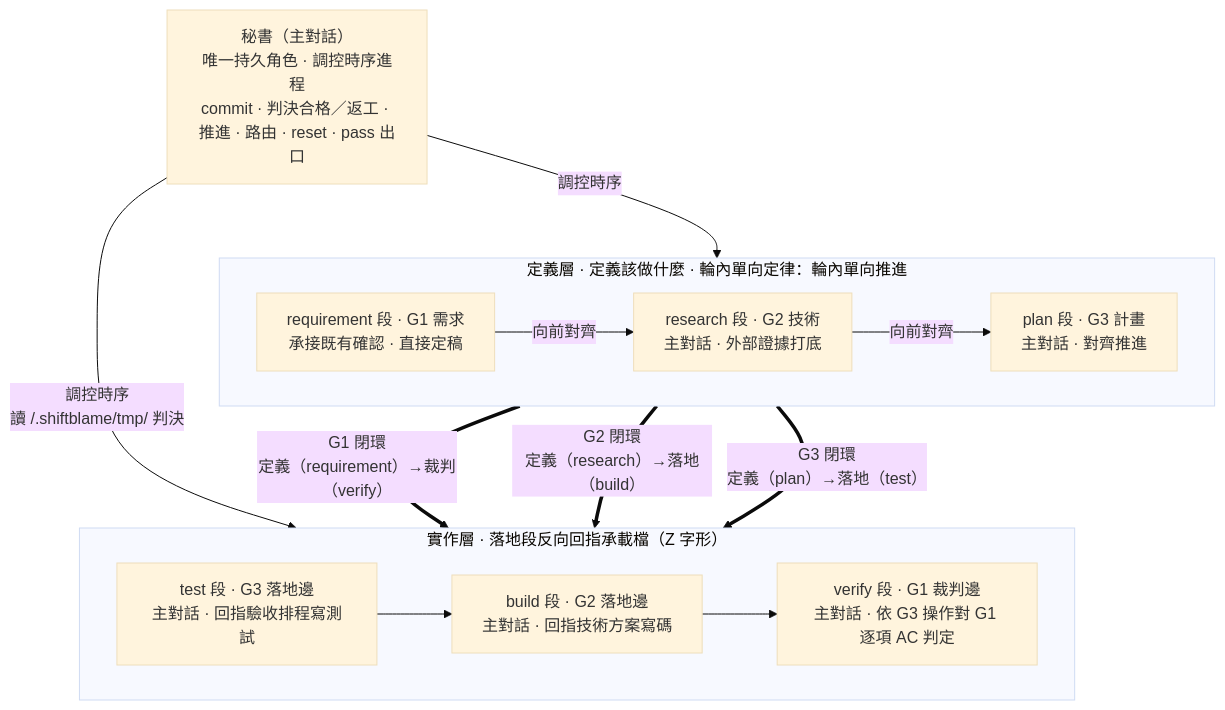
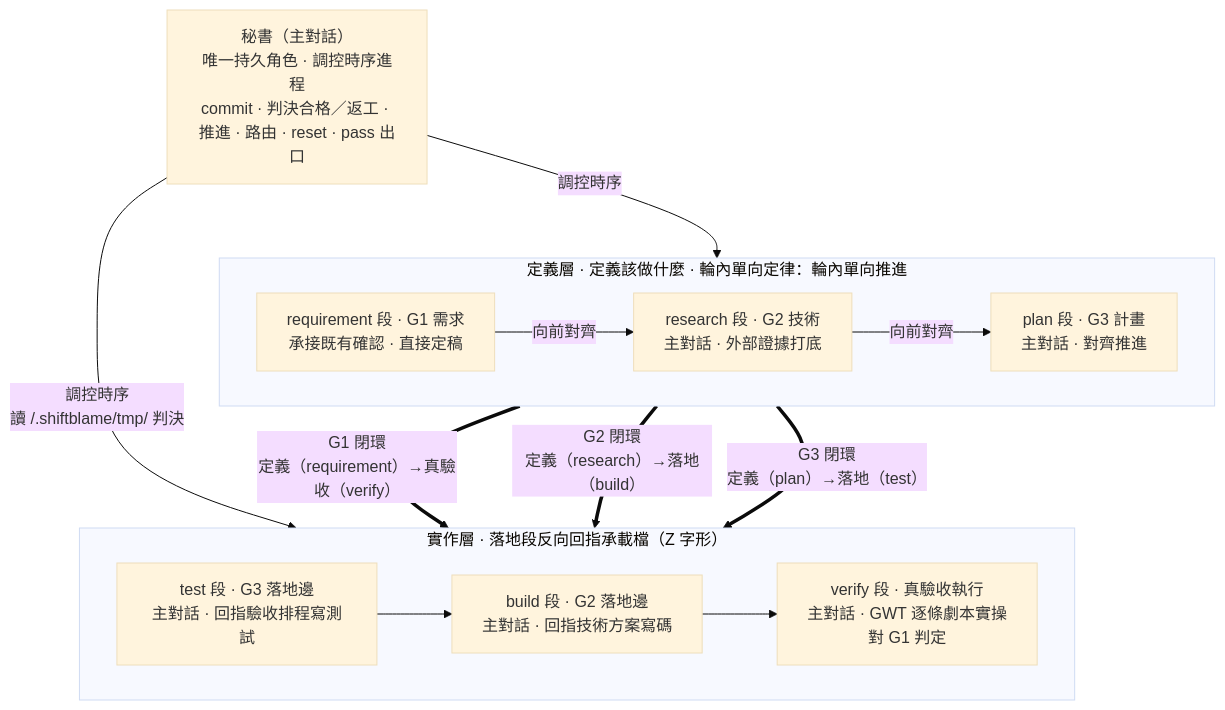
One commit to teps3105/shiftblame changed the third of 4 diagrams in skills/shiftblame/SKILL.md. Above: the diagram before and after it, drawn with Mermaid (base theme). The commit also changed other lines of this file and 28 other files, not shown here.

````diff
--- a/skills/shiftblame/SKILL.md
+++ b/skills/shiftblame/SKILL.md
@@ -187,19 +188,19 @@
 ```mermaid
 flowchart TB
     SEC["秘書（主對話）<br/>唯一持久角色 · 調控時序進程<br/>commit · 判決合格／返工 · 推進 · 路由 · reset · pass 出口"]
     subgraph Consult["定義層 · 定義該做什麼 · 輪內單向定律：輪內單向推進"]
         direction LR
         G1["requirement 段 · G1 需求<br/>承接既有確認 · 直接定稿"] -->|向前對齊| G2["research 段 · G2 技術<br/>主對話 · 外部證據打底"]
         G2 -->|向前對齊| G3["plan 段 · G3 計畫<br/>主對話 · 對齊推進"]
     end
     subgraph Build["實作層 · 落地段反向回指承載檔（Z 字形）"]
         direction LR
         TST["test 段 · G3 落地邊<br/>主對話 · 回指驗收排程寫測試"] --> DEV["build 段 · G2 落地邊<br/>主對話 · 回指技術方案寫碼"]
-        DEV --> ACC["verify 段 · G1 裁判邊<br/>主對話 · 依 G3 操作對 G1 逐項 AC 判定"]
+        DEV --> ACC["verify 段 · 真驗收執行<br/>主對話 · GWT 逐條劇本實操對 G1 判定"]
     end
     SEC -- 調控時序 --> Consult
     SEC -- 調控時序<br/>讀 <repo>/.shiftblame/tmp/ 判決 --> Build
-    G1 == "G1 閉環<br/>定義（requirement）→裁判（verify）" ==> ACC
+    G1 == "G1 閉環<br/>定義（requirement）→真驗收（verify）" ==> ACC
     G2 == "G2 閉環<br/>定義（research）→落地（build）" ==> DEV
     G3 == "G3 閉環<br/>定義（plan）→落地（test）" ==> TST
 ```
````
